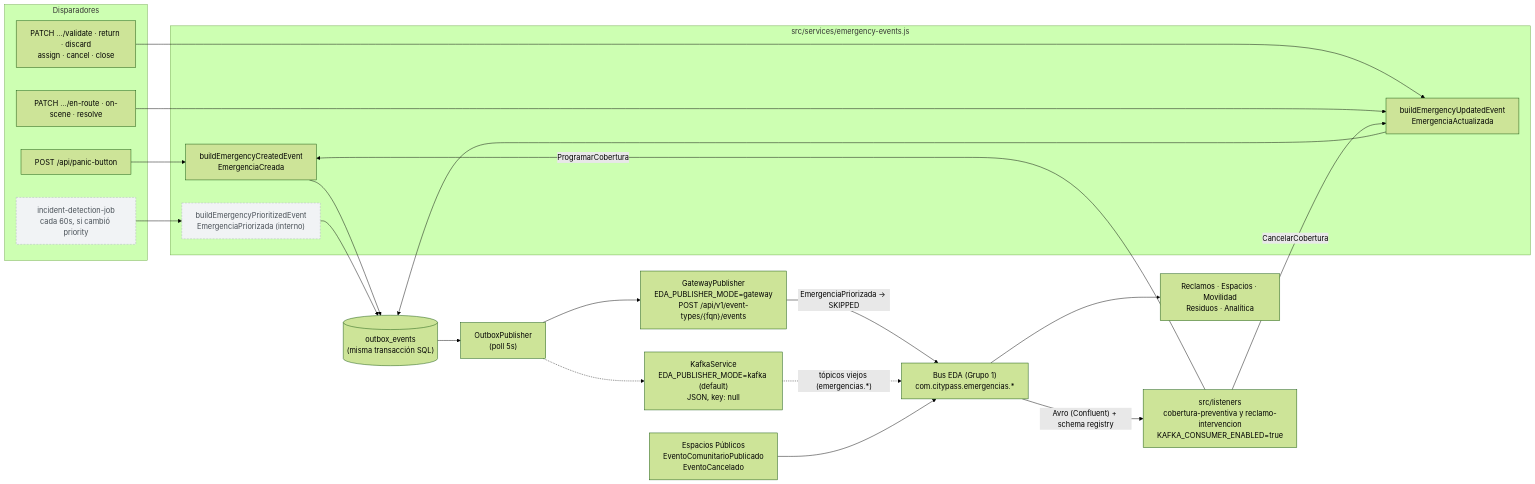
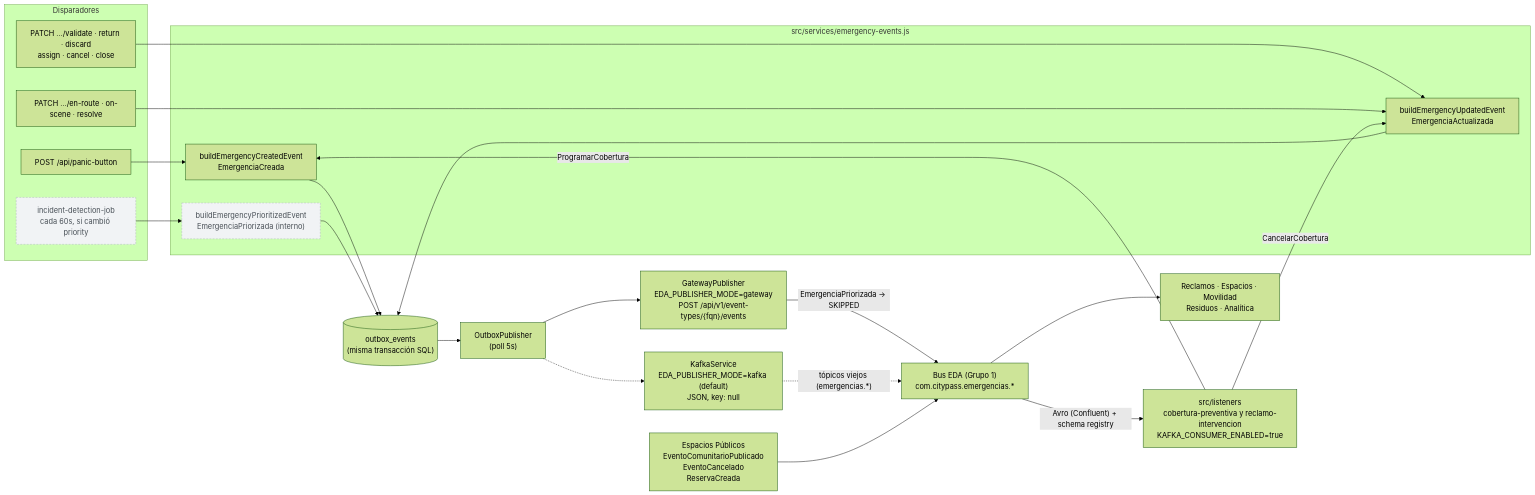
The diagram in docs/diagramas/06-eventos.md (G6D2/emergencias-backend), drawn with Mermaid (forest theme) before and after one commit. The commit also changed other lines of this file and 14 other files, not shown here.

````diff
--- a/docs/diagramas/06-eventos.md
+++ b/docs/diagramas/06-eventos.md
@@ -11,48 +11,48 @@
 ```mermaid
 flowchart LR
     subgraph triggers["Disparadores"]
         t1["POST /api/panic-button"]
         t2["PATCH .../validate · return · discard<br/>assign · cancel · close"]
         t3["PATCH .../en-route · on-scene · resolve"]
         t4["incident-detection-job<br/>cada 60s, si cambió priority"]:::internal
     end
 
     subgraph builders["src/services/emergency-events.js"]
         e1["buildEmergencyCreatedEvent<br/>EmergenciaCreada"]
         e2["buildEmergencyUpdatedEvent<br/>EmergenciaActualizada"]
         e3["buildEmergencyPrioritizedEvent<br/>EmergenciaPriorizada (interno)"]:::internal
     end
 
     outbox[("outbox_events<br/>(misma transacción SQL)")]
     pub["OutboxPublisher<br/>(poll 5s)"]
     gw["GatewayPublisher<br/>EDA_PUBLISHER_MODE=gateway<br/>POST /api/v1/event-types/{fqn}/events"]
     kafkaDirect["KafkaService<br/>EDA_PUBLISHER_MODE=kafka (default)<br/>JSON, key: null"]
     bus["Bus EDA (Grupo 1)<br/>com.citypass.emergencias.*"]
     consumers["Reclamos · Espacios · Movilidad<br/>Residuos · Analítica"]
 
-    espacios["Espacios Públicos<br/>EventoComunitarioPublicado<br/>EventoCancelado"]
+    espacios["Espacios Públicos<br/>EventoComunitarioPublicado<br/>EventoCancelado<br/>ReservaCreada"]
     listeners["src/listeners<br/>cobertura-preventiva y reclamo-intervencion<br/>KAFKA_CONSUMER_ENABLED=true"]
 
     t1 --> e1
     t2 --> e2
     t3 --> e2
     t4 --> e3
     listeners -->|"ProgramarCobertura"| e1
     listeners -->|"CancelarCobertura"| e2
 
     e1 --> outbox
     e2 --> outbox
     e3 --> outbox
 
     outbox --> pub
     pub --> gw
     pub -.-> kafkaDirect
     gw -->|"EmergenciaPriorizada → SKIPPED"| bus
     kafkaDirect -.->|"tópicos viejos (emergencias.*)"| bus
     bus --> consumers
 
     espacios --> bus
     bus -->|"Avro (Confluent) + schema registry"| listeners
 
     classDef internal fill:#f1f3f5,stroke:#adb5bd,color:#495057,stroke-width:1px,stroke-dasharray: 4 3;
 ```
````
